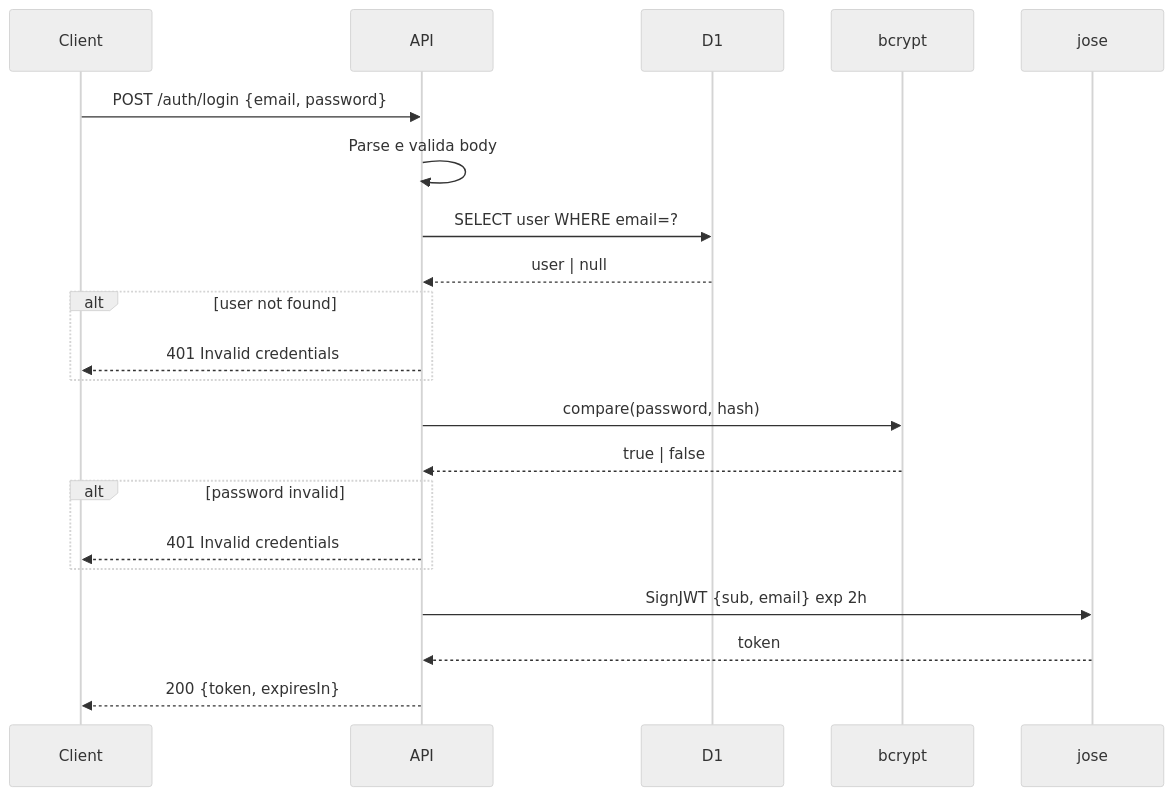
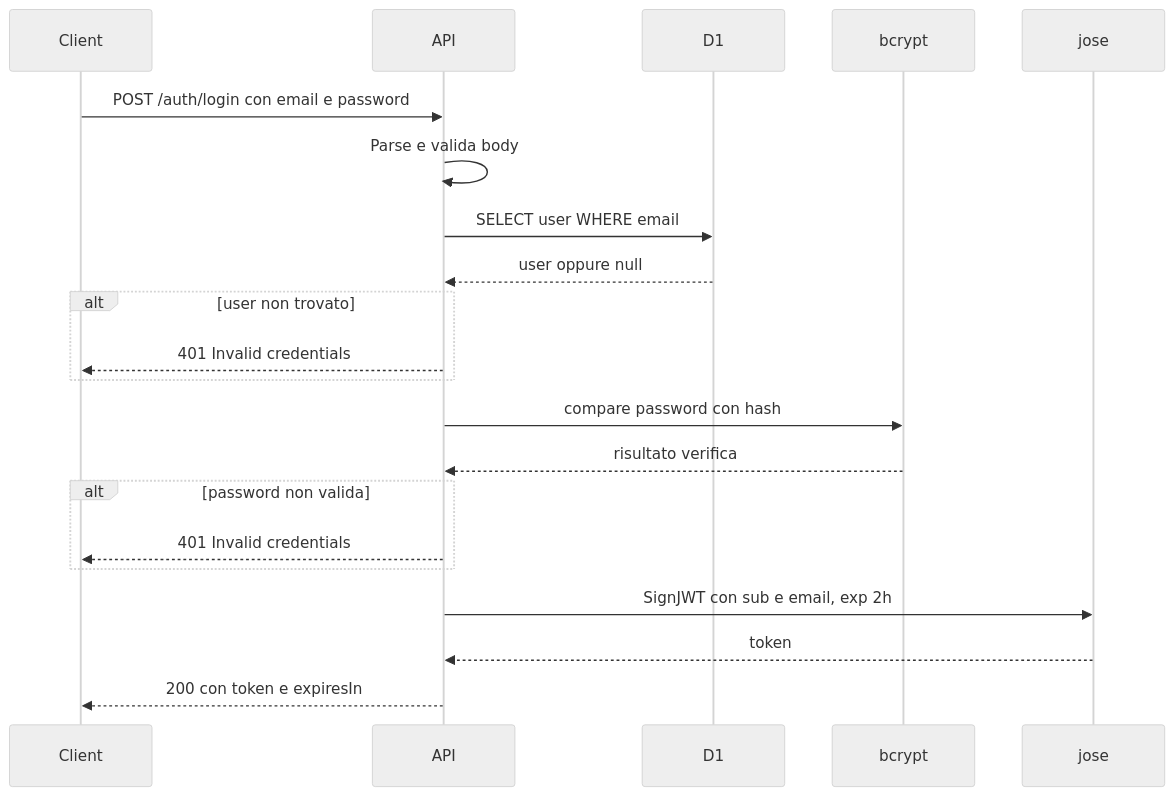
The diagram in docs/auth.md (fdemusso/BeechCMS), drawn with Mermaid (neutral theme) before and after one commit.

Commit message:
docs: migliorata leggibilità  mermaid map.

````diff
--- a/docs/auth.md
+++ b/docs/auth.md
@@ -11,24 +11,24 @@
 ```mermaid
 sequenceDiagram
     participant Client
     participant API
     participant D1
     participant bcrypt
     participant jose
 
-    Client->>API: POST /auth/login {email, password}
+    Client->>API: POST /auth/login con email e password
     API->>API: Parse e valida body
-    API->>D1: SELECT user WHERE email=?
-    D1-->>API: user | null
-    alt user not found
+    API->>D1: SELECT user WHERE email
+    D1-->>API: user oppure null
+    alt user non trovato
         API-->>Client: 401 Invalid credentials
     end
-    API->>bcrypt: compare(password, hash)
-    bcrypt-->>API: true | false
-    alt password invalid
+    API->>bcrypt: compare password con hash
+    bcrypt-->>API: risultato verifica
+    alt password non valida
         API-->>Client: 401 Invalid credentials
     end
-    API->>jose: SignJWT {sub, email} exp 2h
+    API->>jose: SignJWT con sub e email, exp 2h
     jose-->>API: token
-    API-->>Client: 200 {token, expiresIn}
+    API-->>Client: 200 con token e expiresIn
 ```
````
